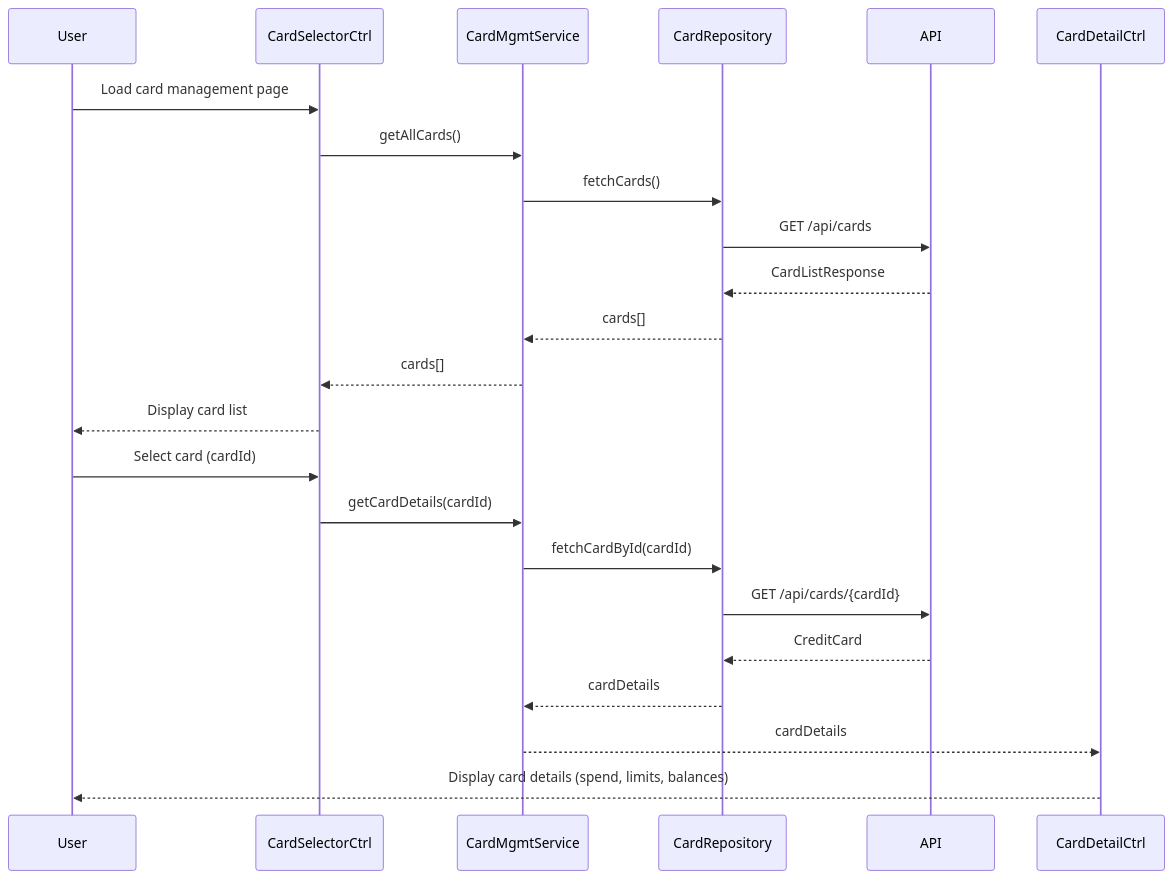
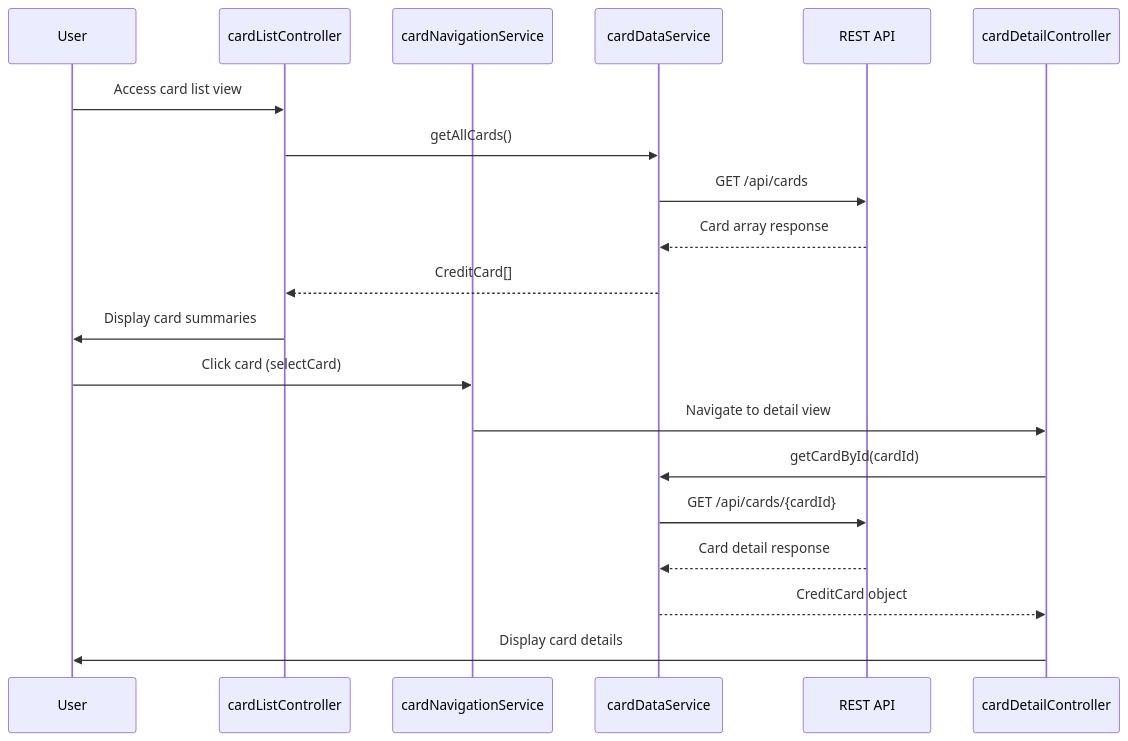
The diagram in LLD/QE-7735_LLD.md (AAVA-Demo/APB_Demo), drawn with Mermaid before and after one commit. The commit also changed other lines of this file and 5 other files, not shown here.

````diff
--- a/LLD/QE-7735_LLD.md
+++ b/LLD/QE-7735_LLD.md
@@ -88,26 +59,23 @@
 ```mermaid
 sequenceDiagram
     participant User
-    participant CardSelectorCtrl
-    participant CardMgmtService
-    participant CardRepository
-    participant API
-    participant CardDetailCtrl
-    
-    User->>CardSelectorCtrl: Load card management page
-    CardSelectorCtrl->>CardMgmtService: getAllCards()
-    CardMgmtService->>CardRepository: fetchCards()
-    CardRepository->>API: GET /api/cards
-    API-->>CardRepository: CardListResponse
-    CardRepository-->>CardMgmtService: cards[]
-    CardMgmtService-->>CardSelectorCtrl: cards[]
-    CardSelectorCtrl-->>User: Display card list
-    User->>CardSelectorCtrl: Select card (cardId)
-    CardSelectorCtrl->>CardMgmtService: getCardDetails(cardId)
-    CardMgmtService->>CardRepository: fetchCardById(cardId)
-    CardRepository->>API: GET /api/cards/{cardId}
-    API-->>CardRepository: CreditCard
-    CardRepository-->>CardMgmtService: cardDetails
-    CardMgmtService-->>CardDetailCtrl: cardDetails
-    CardDetailCtrl-->>User: Display card details (spend, limits, balances)
+    participant cardListController
+    participant cardNavigationService
+    participant cardDataService
+    participant REST API
+    participant cardDetailController
+
+    User->>cardListController: Access card list view
+    cardListController->>cardDataService: getAllCards()
+    cardDataService->>REST API: GET /api/cards
+    REST API-->>cardDataService: Card array response
+    cardDataService-->>cardListController: CreditCard[]
+    cardListController->>User: Display card summaries
+    User->>cardNavigationService: Click card (selectCard)
+    cardNavigationService->>cardDetailController: Navigate to detail view
+    cardDetailController->>cardDataService: getCardById(cardId)
+    cardDataService->>REST API: GET /api/cards/{cardId}
+    REST API-->>cardDataService: Card detail response
+    cardDataService-->>cardDetailController: CreditCard object
+    cardDetailController->>User: Display card details
 ```
````
